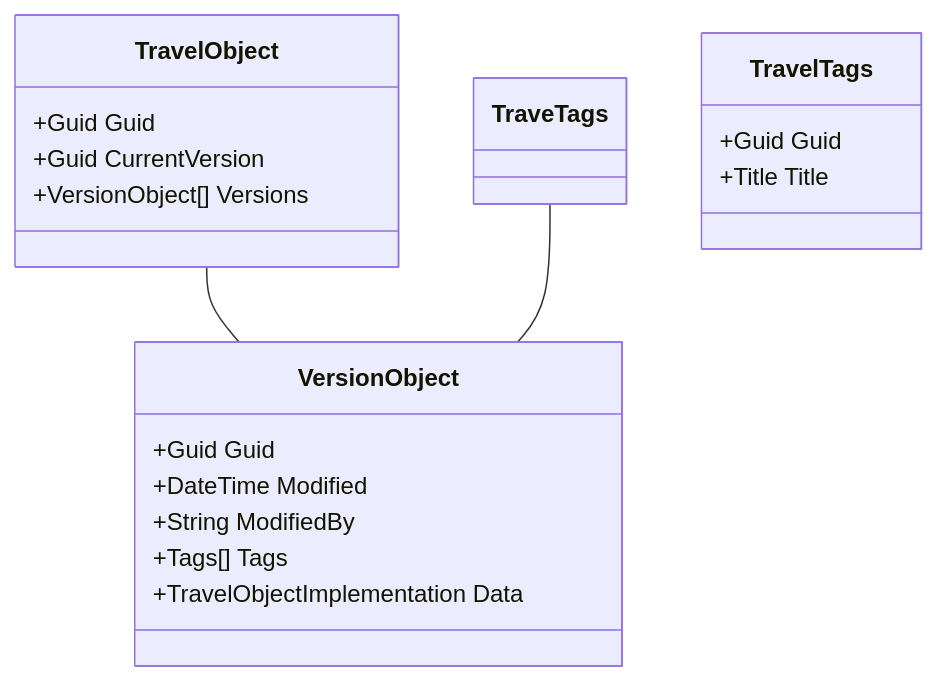
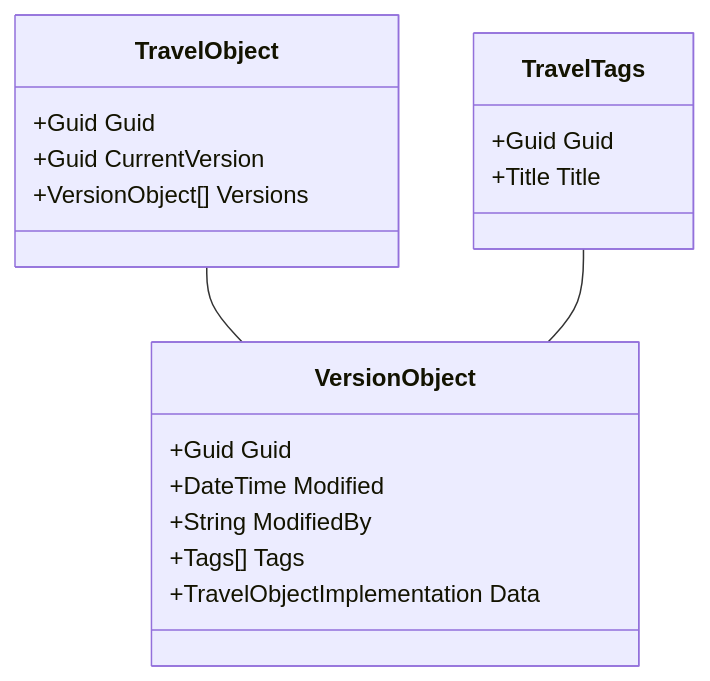
One commit to OSSTRA/TXDM changed the diagram in Travel Object TO.md. Above: the diagram before and after it, drawn with Mermaid. The commit also changed other lines of this file, not shown here.

Commit message:
Update Travel Object TO.md

````diff
--- a/Travel Object TO.md
+++ b/Travel Object TO.md
@@ -1,21 +14,21 @@
 ```mermaid
 classDiagram
 TravelObject -- VersionObject
-TraveTags -- VersionObject
+TravelTags -- VersionObject
     class TravelObject{
       +Guid Guid
       +Guid CurrentVersion
       +VersionObject[] Versions
     }
     class VersionObject{
       +Guid Guid
       +DateTime Modified
       +String ModifiedBy
       +Tags[] Tags
       +TravelObjectImplementation Data
     }
     class TravelTags{
         +Guid Guid
         +Title Title
     }
 ```
````
